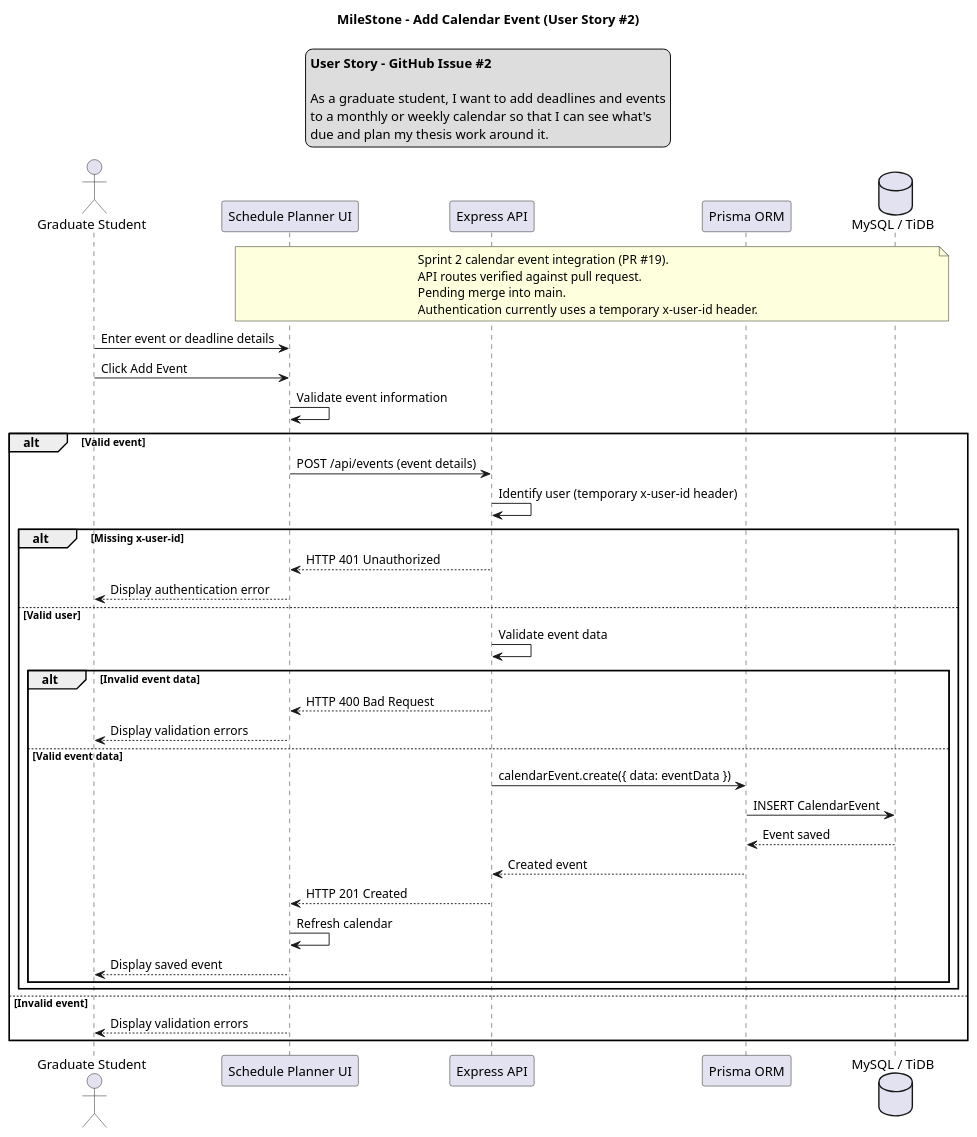
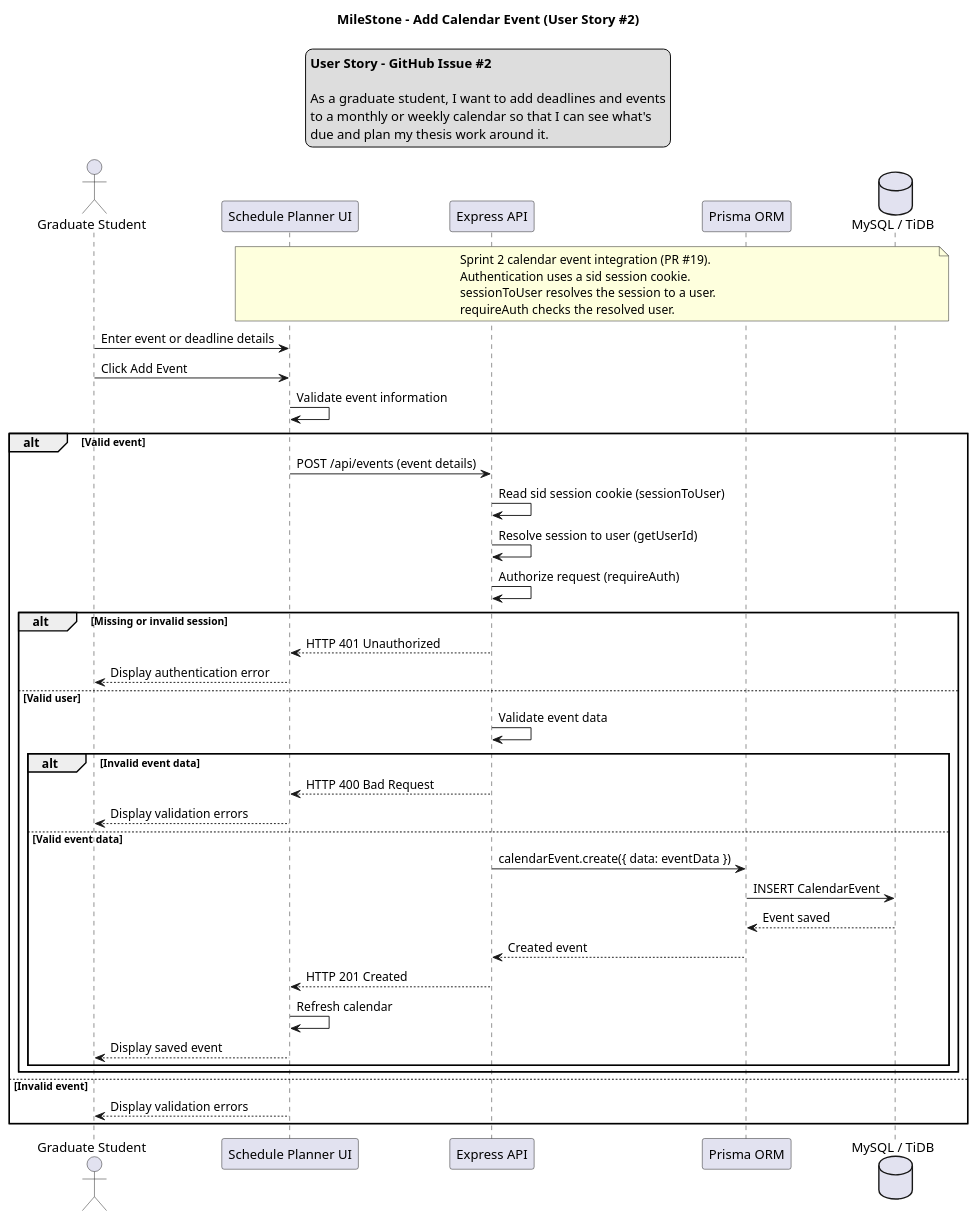
One commit to aledepau101/MileStone changed the diagram in docs/uml/calendar-event-sequence.puml. Above: the diagram before and after it, drawn with PlantUML. The commit also changed 2 other files, not shown here.

Commit message:
Update calendar UML for session authentication
Update UML to reflect sid cookie authentication and sessionToUser.
Remove outdated merge note and regenerate SVG with lowercase filename.

```diff
--- a/docs/uml/calendar-event-sequence.puml
+++ b/docs/uml/calendar-event-sequence.puml
@@ -1,59 +1,61 @@
-@startuml CalendarEventSequence
+@startuml 
 title MileStone - Add Calendar Event (User Story #2)
 legend top
     <b>User Story - GitHub Issue #2</b>
 
     As a graduate student, I want to add deadlines and events
     to a monthly or weekly calendar so that I can see what's
     due and plan my thesis work around it.
 endlegend
 
 actor "Graduate Student" as Student
 participant "Schedule Planner UI" as UI
 participant "Express API" as API
 participant "Prisma ORM" as Prisma
 database "MySQL / TiDB" as DB
 
 note over UI, DB
     Sprint 2 calendar event integration (PR #19).
-    API routes verified against pull request.
-    Pending merge into main.
-    Authentication currently uses a temporary x-user-id header.
+    Authentication uses a sid session cookie.
+    sessionToUser resolves the session to a user.
+    requireAuth checks the resolved user.
 end note
 
 Student -> UI: Enter event or deadline details
 Student -> UI: Click Add Event
 
 UI -> UI: Validate event information
 
 alt Valid event
     UI -> API: POST /api/events (event details)
 
-    API -> API: Identify user (temporary x-user-id header)
+    API -> API: Read sid session cookie (sessionToUser)
+    API -> API: Resolve session to user (getUserId)
+    API -> API: Authorize request (requireAuth)
 
-    alt Missing x-user-id
+    alt Missing or invalid session
         API --> UI: HTTP 401 Unauthorized
         UI --> Student: Display authentication error
     else Valid user
         API -> API: Validate event data
 
         alt Invalid event data
             API --> UI: HTTP 400 Bad Request
             UI --> Student: Display validation errors
         else Valid event data
             API -> Prisma: calendarEvent.create({ data: eventData })
             Prisma -> DB: INSERT CalendarEvent
             DB --> Prisma: Event saved
             Prisma --> API: Created event
 
             API --> UI: HTTP 201 Created
             UI -> UI: Refresh calendar
             UI --> Student: Display saved event
         end
     end
 
 else Invalid event
     UI --> Student: Display validation errors
 end
 
 @enduml
```
